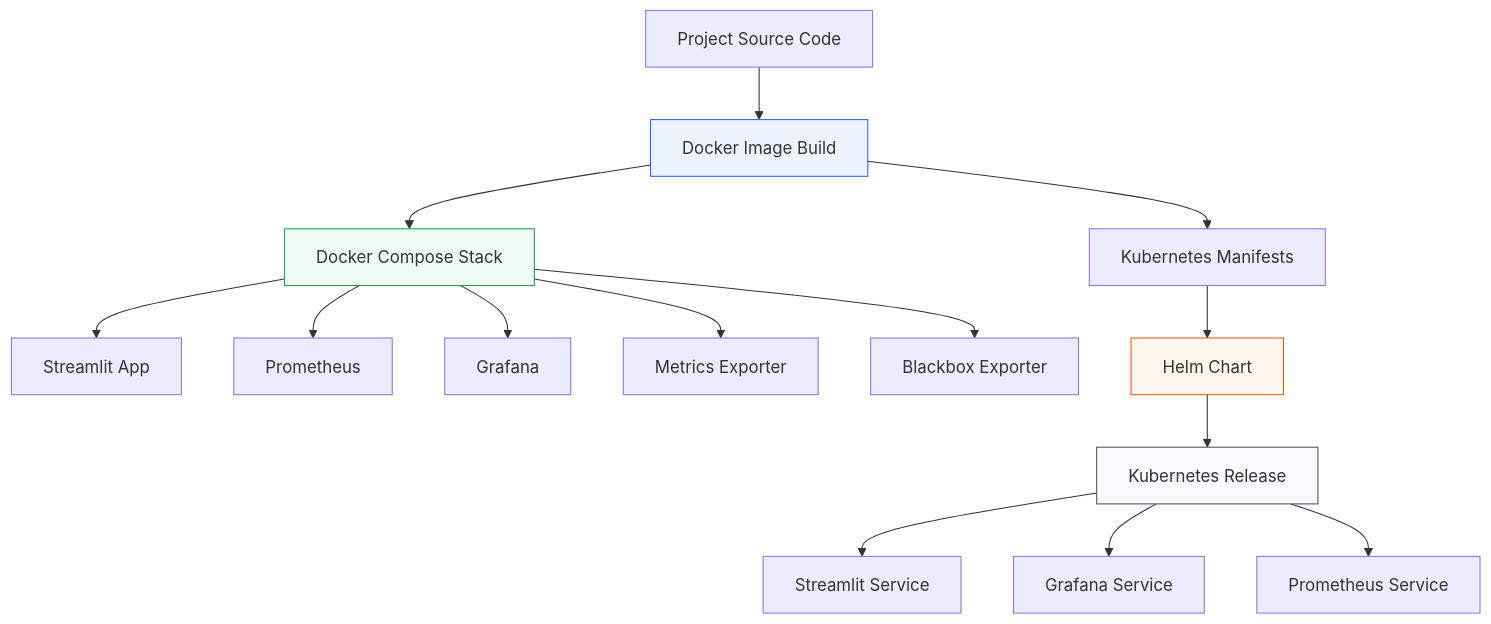
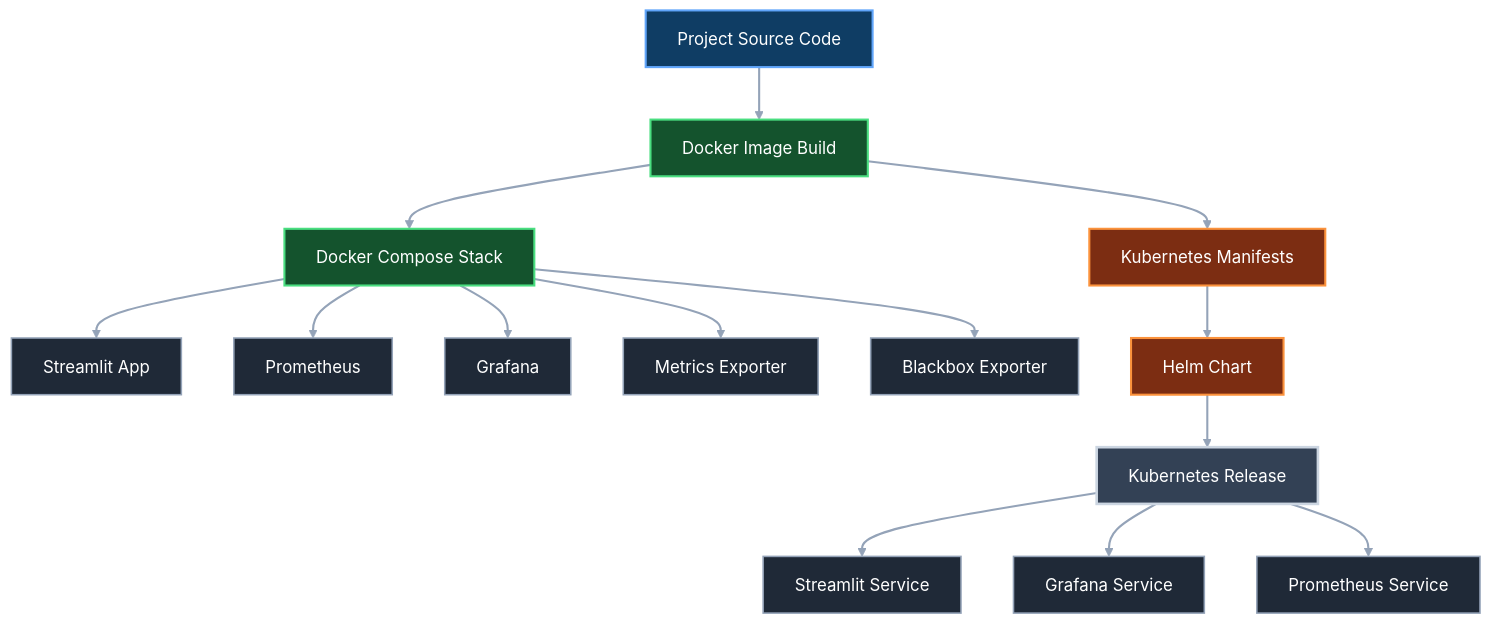
One commit to RuturajM31/E-Commerce-Conversion-Intelligence-Platform changed the fifth of 6 diagrams in README.md. Above: the diagram before and after it, drawn with Mermaid. The commit also changed other lines of this file, not shown here.

````diff
--- a/README.md
+++ b/README.md
@@ -438,23 +488,33 @@
 ```mermaid
+%%{init: {"theme": "base", "themeVariables": {"background": "#0D1117", "primaryTextColor": "#FFFFFF", "lineColor": "#94A3B8", "fontFamily": "Arial"}}}%%
 flowchart TD
-    A[Project Source Code] --> B[Docker Image Build]
-    B --> C[Docker Compose Stack]
-    C --> D[Streamlit App]
-    C --> E[Prometheus]
-    C --> F[Grafana]
-    C --> G[Metrics Exporter]
-    C --> H[Blackbox Exporter]
+    A["Project Source Code"] --> B["Docker Image Build"]
+    B --> C["Docker Compose Stack"]
+    C --> D["Streamlit App"]
+    C --> E["Prometheus"]
+    C --> F["Grafana"]
+    C --> G["Metrics Exporter"]
+    C --> H["Blackbox Exporter"]
 
-    B --> I[Kubernetes Manifests]
-    I --> J[Helm Chart]
-    J --> K[Kubernetes Release]
+    B --> I["Kubernetes Manifests"]
+    I --> J["Helm Chart"]
+    J --> K["Kubernetes Release"]
 
-    K --> L[Streamlit Service]
-    K --> M[Grafana Service]
-    K --> N[Prometheus Service]
+    K --> L["Streamlit Service"]
+    K --> M["Grafana Service"]
+    K --> N["Prometheus Service"]
 
-    style B fill:#eef4ff,stroke:#2563eb
-    style C fill:#f0fdf4,stroke:#16a34a
-    style J fill:#fff7ed,stroke:#ea580c
-    style K fill:#f8fafc,stroke:#475569
+    classDef source fill:#0F3D64,stroke:#60A5FA,color:#FFFFFF,stroke-width:2px;
+    classDef container fill:#14532D,stroke:#4ADE80,color:#FFFFFF,stroke-width:2px;
+    classDef service fill:#1F2937,stroke:#94A3B8,color:#FFFFFF,stroke-width:1.5px;
+    classDef orchestration fill:#7C2D12,stroke:#FB923C,color:#FFFFFF,stroke-width:2px;
+    classDef release fill:#334155,stroke:#CBD5E1,color:#FFFFFF,stroke-width:2.5px;
+
+    class A source;
+    class B,C container;
+    class D,E,F,G,H,L,M,N service;
+    class I,J orchestration;
+    class K release;
+
+    linkStyle default stroke:#94A3B8,stroke-width:2px;
 ```
````
